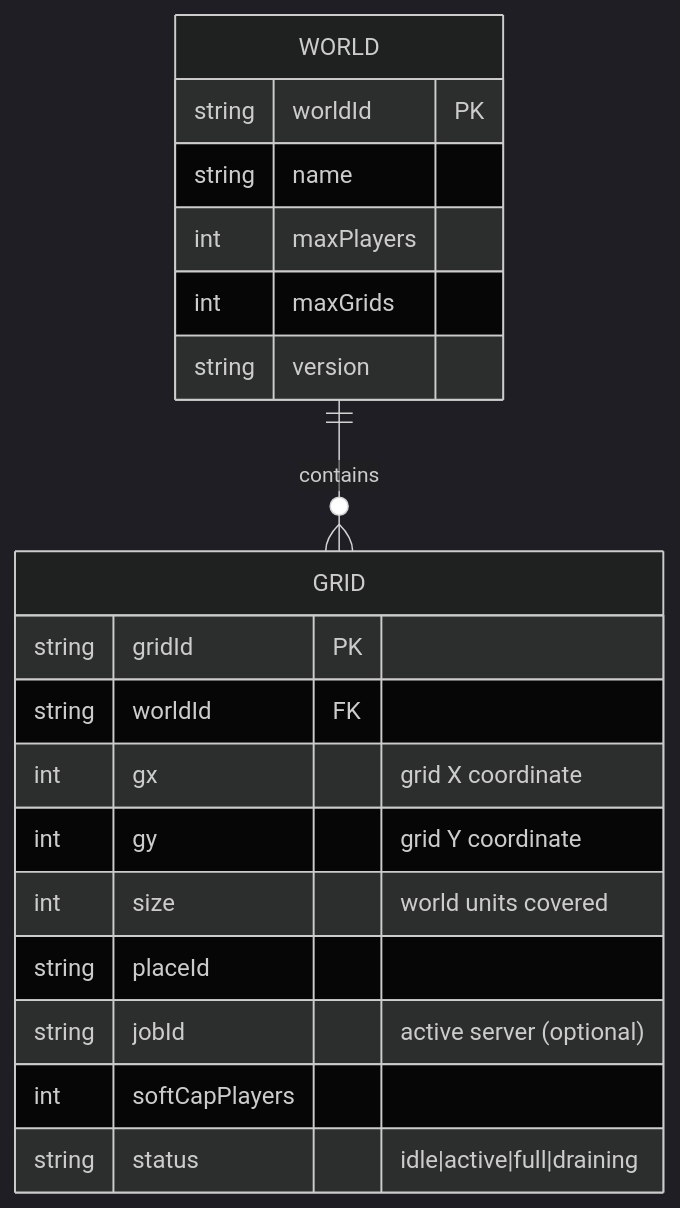
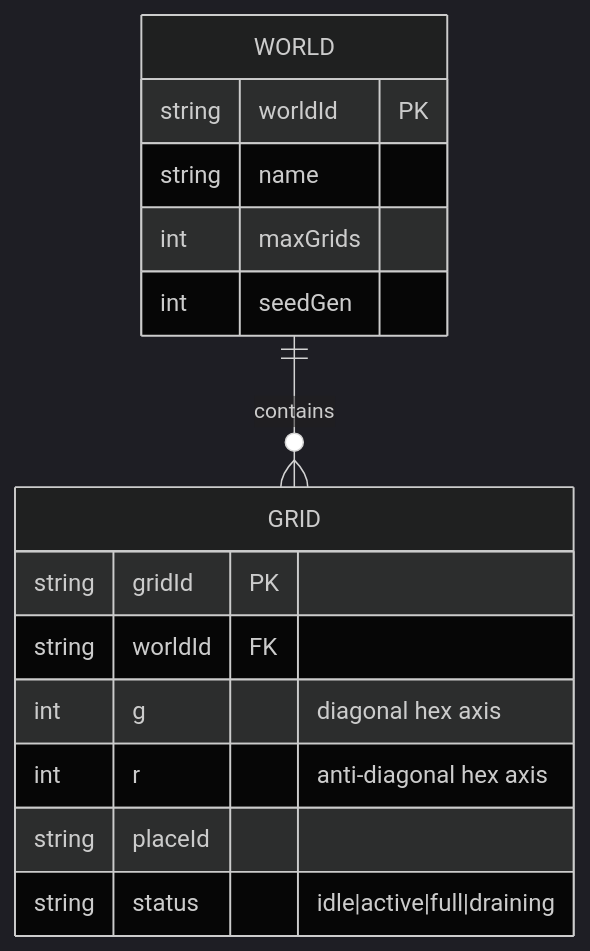
The diagram in src/content-org/all-posts.org (minh-p/my-professional-site), drawn with Mermaid (dark theme) before and after one commit. The commit also changed other lines of this file and 61 other files, not shown here.

```diff
--- a/src/content-org/all-posts.org
+++ b/src/content-org/all-posts.org
@@ -38,24 +39,20 @@
 #+BEGIN_SRC mermaid :file architecturev1.png :theme dark :background-color black
 erDiagram
   WORLD ||--o{ GRID : contains
 
   WORLD {
     string worldId PK
     string name
-    int maxPlayers
     int maxGrids
-    string version
+    int seedGen
   }
 
   GRID {
     string gridId PK
     string worldId FK
-    int gx        "grid X coordinate"
-    int gy        "grid Y coordinate"
-    int size      "world units covered"
+    int g        "diagonal hex axis"
+    int r        "anti-diagonal hex axis"
     string placeId
-    string jobId  "active server (optional)"
-    int softCapPlayers
     string status "idle|active|full|draining"
   }
 #+END_SRC
```
